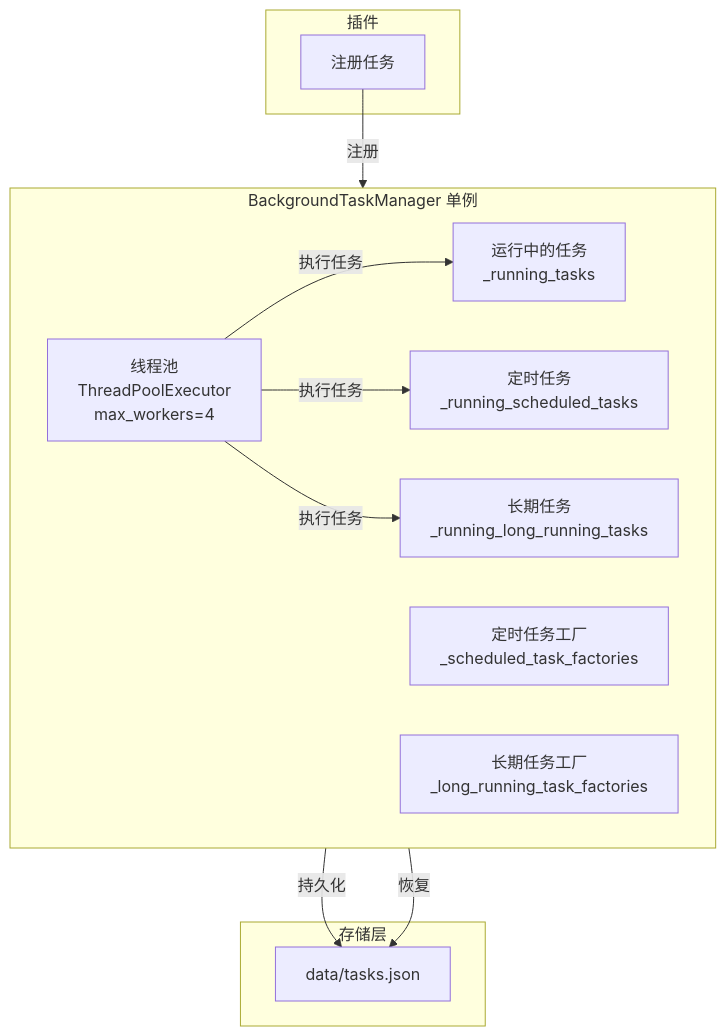
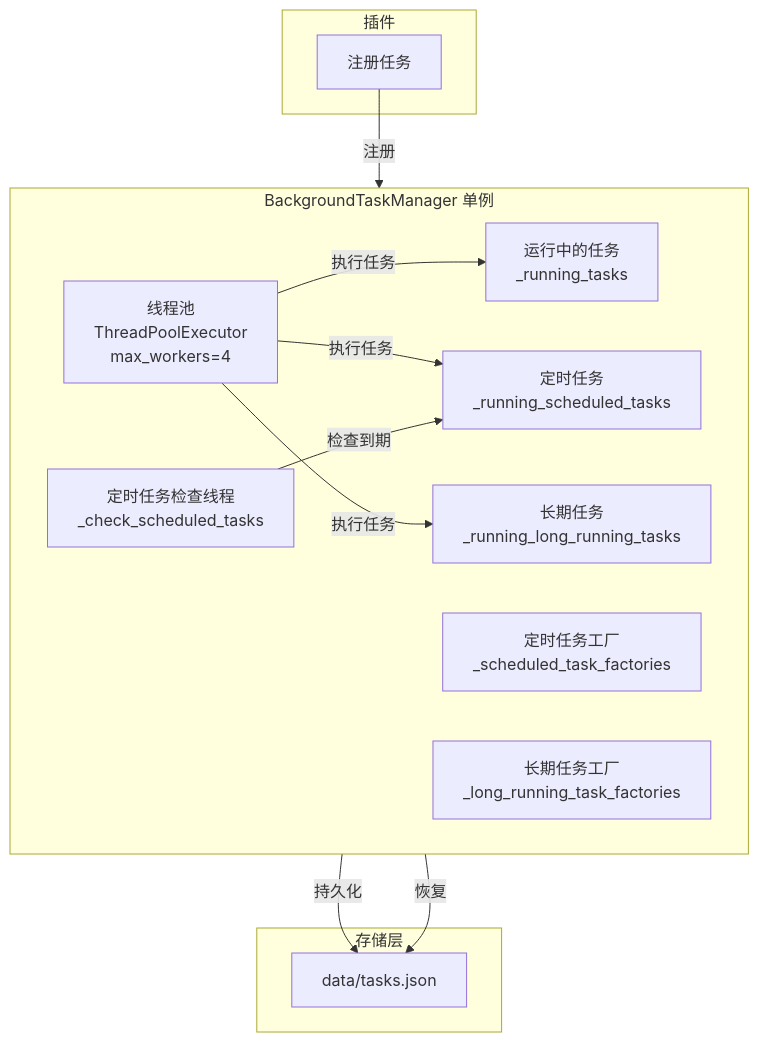
One commit to KKPIP-Tech/InstructionX changed the second of 3 diagrams in docs/core/background-task/overview.md. Above: the diagram before and after it, drawn with Mermaid. The commit also changed other lines of this file and 28 other files, not shown here.

````diff
--- a/docs/core/background-task/overview.md
+++ b/docs/core/background-task/overview.md
@@ -145,26 +148,28 @@
 ```mermaid
 graph TB
     subgraph BTM["BackgroundTaskManager 单例"]
         Pool["线程池<br/>ThreadPoolExecutor<br/>max_workers=4"]
         RunningTasks["运行中的任务<br/>_running_tasks"]
         ScheduledTasks["定时任务<br/>_running_scheduled_tasks"]
         LongRunningTasks["长期任务<br/>_running_long_running_tasks"]
         ScheduledFactories["定时任务工厂<br/>_scheduled_task_factories"]
         LongRunningFactories["长期任务工厂<br/>_long_running_task_factories"]
+        ScheduleChecker["定时任务检查线程<br/>_check_scheduled_tasks"]
     end
 
     subgraph Storage["存储层"]
         JSON["data/tasks.json"]
     end
 
     subgraph Plugin["插件"]
         Register["注册任务"]
     end
 
     Pool -->|执行任务| RunningTasks
     Pool -->|执行任务| ScheduledTasks
     Pool -->|执行任务| LongRunningTasks
+    ScheduleChecker -->|检查到期| ScheduledTasks
     Register -->|注册| BTM
     BTM -->|持久化| JSON
     BTM -->|恢复| JSON
 ```
````
